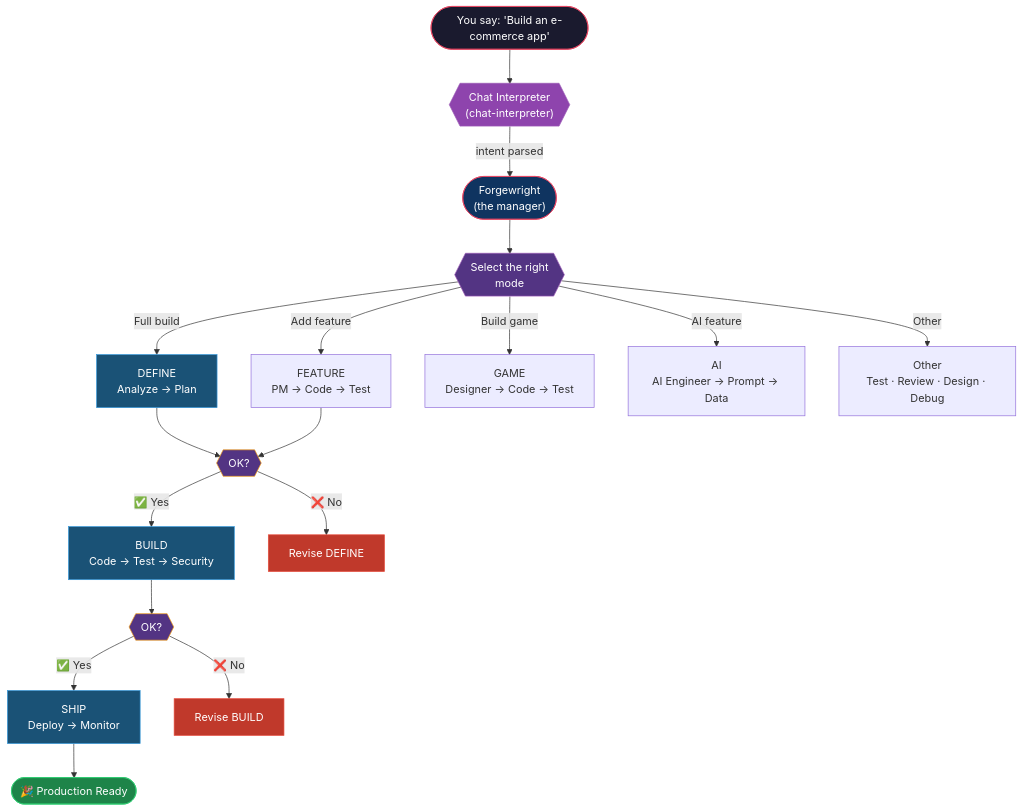
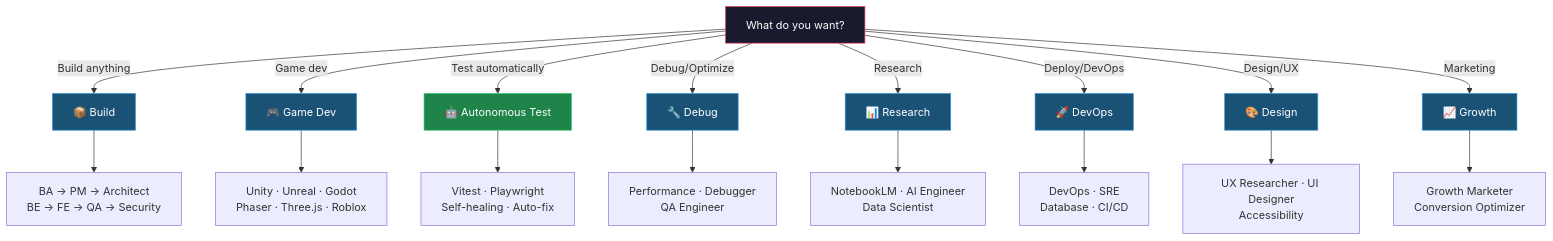
The third of 4 diagrams in README.md (buiphucminhtam/forge17), drawn with Mermaid before and after one commit. The commit also changed other lines of this file, not shown here.

````diff
--- a/README.md
+++ b/README.md
@@ -1080,39 +277,32 @@
 ```mermaid
 flowchart TD
-    START(["You say: 'Build an e-commerce app'"])
-    CHAT_INT{{"Chat Interpreter<br/>(chat-interpreter)"}}
-    ORCH(["Forgewright<br/>(the manager)"])
+    USER["What do you want?"]
 
-    START --> CHAT_INT
-    CHAT_INT --> |"intent parsed"| ORCH
+    USER -->|"Build anything"| BUILD["📦 Build"]
+    USER -->|"Game dev"| GAME["🎮 Game Dev"]
+    USER -->|"Test automatically"| TEST["🤖 Autonomous Test"]
+    USER -->|"Debug/Optimize"| DEBUG["🔧 Debug"]
+    USER -->|"Research"| RESEARCH["📊 Research"]
+    USER -->|"Deploy/DevOps"| DEVOPS["🚀 DevOps"]
+    USER -->|"Design/UX"| DESIGN["🎨 Design"]
+    USER -->|"Marketing"| GROW["📈 Growth"]
 
-    ORCH --> MODE{{"Select the right<br/>mode"}}
+    BUILD --> BUILD_SKILLS["BA → PM → Architect<br/>BE → FE → QA → Security"]
+    GAME --> GAME_SKILLS["Unity · Unreal · Godot<br/>Phaser · Three.js · Roblox"]
+    TEST --> TEST_SKILLS["Vitest · Playwright<br/>Self-healing · Auto-fix"]
+    DEBUG --> DEBUG_SKILLS["Performance · Debugger<br/>QA Engineer"]
+    RESEARCH --> RESEARCH_SKILLS["NotebookLM · AI Engineer<br/>Data Scientist"]
+    DEVOPS --> DEVOPS_SKILLS["DevOps · SRE<br/>Database · CI/CD"]
+    DESIGN --> DESIGN_SKILLS["UX Researcher · UI Designer<br/>Accessibility"]
+    GROW --> GROW_SKILLS["Growth Marketer<br/>Conversion Optimizer"]
 
-    MODE --> |"Full build"| DEFINE["DEFINE<br/>Analyze → Plan"]
-    MODE --> |"Add feature"| FEATURE["FEATURE<br/>PM → Code → Test"]
-    MODE --> |"Build game"| GAME["GAME<br/>Designer → Code → Test"]
-    MODE --> |"AI feature"| AI["AI<br/>AI Engineer → Prompt → Data"]
-    MODE --> |"Other"| OTHER["Other<br/>Test · Review · Design · Debug"]
-
-    DEFINE --> GATE1{{"OK?"}}
-    FEATURE --> GATE1
-    GATE1 --> |"✅ Yes"| BUILD["BUILD<br/>Code → Test → Security"]
-    GATE1 --> |"❌ No"| REV1["Revise DEFINE"]
-    BUILD --> GATE2{{"OK?"}}
-    GATE2 --> |"✅ Yes"| SHIP["SHIP<br/>Deploy → Monitor"]
-    GATE2 --> |"❌ No"| REV2["Revise BUILD"]
-    SHIP --> END(["🎉 Production Ready"])
-
-    style START fill:#1a1a2e,stroke:#e94560,color:#fff
-    style CHAT_INT fill:#8e44ad,stroke:#9b59b6,color:#fff
-    style ORCH fill:#0f3460,stroke:#e94560,color:#fff
-    style MODE fill:#533483,stroke:#9b59b6,color:#fff
-    style GATE1 fill:#533483,stroke:#f39c12,color:#fff
-    style GATE2 fill:#533483,stroke:#f39c12,color:#fff
-    style END fill:#1e8449,stroke:#2ecc71,color:#fff
-    style REV1 fill:#c0392b,stroke:#e74c3c,color:#fff
-    style REV2 fill:#c0392b,stroke:#e74c3c,color:#fff
-    style DEFINE fill:#1a5276,stroke:#3498db,color:#fff
+    style USER fill:#1a1a2e,stroke:#e94560,color:#fff
     style BUILD fill:#1a5276,stroke:#3498db,color:#fff
-    style SHIP fill:#1a5276,stroke:#3498db,color:#fff
+    style GAME fill:#1a5276,stroke:#3498db,color:#fff
+    style TEST fill:#1e8449,stroke:#2ecc71,color:#fff
+    style DEBUG fill:#1a5276,stroke:#3498db,color:#fff
+    style RESEARCH fill:#1a5276,stroke:#3498db,color:#fff
+    style DEVOPS fill:#1a5276,stroke:#3498db,color:#fff
+    style DESIGN fill:#1a5276,stroke:#3498db,color:#fff
+    style GROW fill:#1a5276,stroke:#3498db,color:#fff
 ```
````
